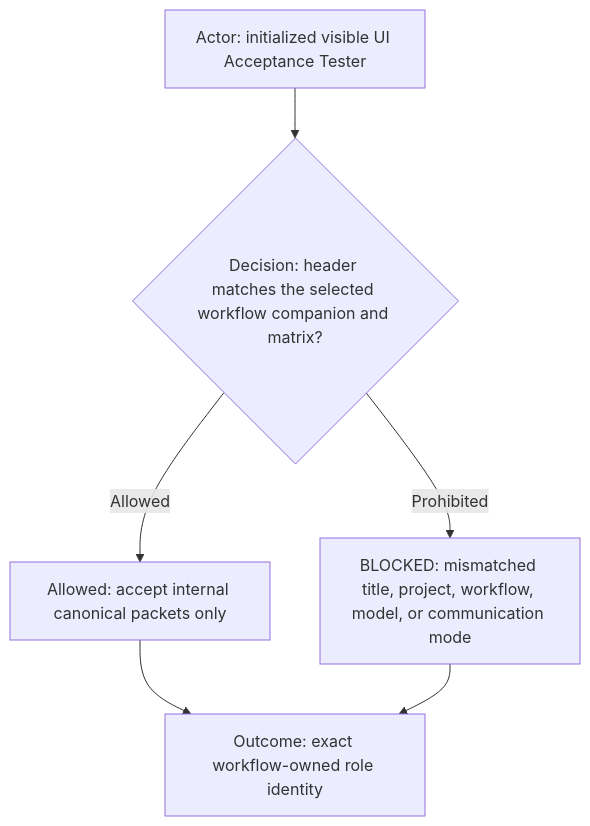
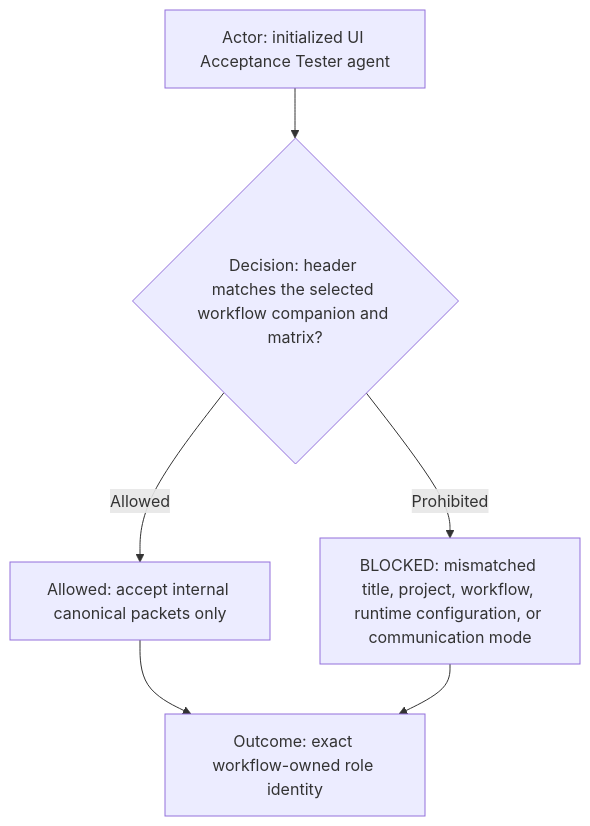
One commit to starodubtsevconsulting/ai-fleas changed the first of 8 diagrams in ai-workflows/_common/roles/ui-acceptance-tester.md. Above: the diagram before and after it, drawn with Mermaid. The commit also changed other lines of this file and 15 other files, not shown here.

````diff
--- a/ai-workflows/_common/roles/ui-acceptance-tester.md
+++ b/ai-workflows/_common/roles/ui-acceptance-tester.md
@@ -12,8 +12,8 @@
 ```mermaid
 flowchart TD
-  Actor["Actor: initialized visible UI Acceptance Tester"] --> Decision{"Decision: header matches the selected workflow companion and matrix?"}
+  Actor["Actor: initialized UI Acceptance Tester agent"] --> Decision{"Decision: header matches the selected workflow companion and matrix?"}
   Decision -->|Allowed| Route["Allowed: accept internal canonical packets only"]
-  Decision -->|Prohibited| Blocked["BLOCKED: mismatched title, project, workflow, model, or communication mode"]
+  Decision -->|Prohibited| Blocked["BLOCKED: mismatched title, project, workflow, runtime configuration, or communication mode"]
   Route --> Outcome["Outcome: exact workflow-owned role identity"]
   Blocked --> Outcome
 ```
````
